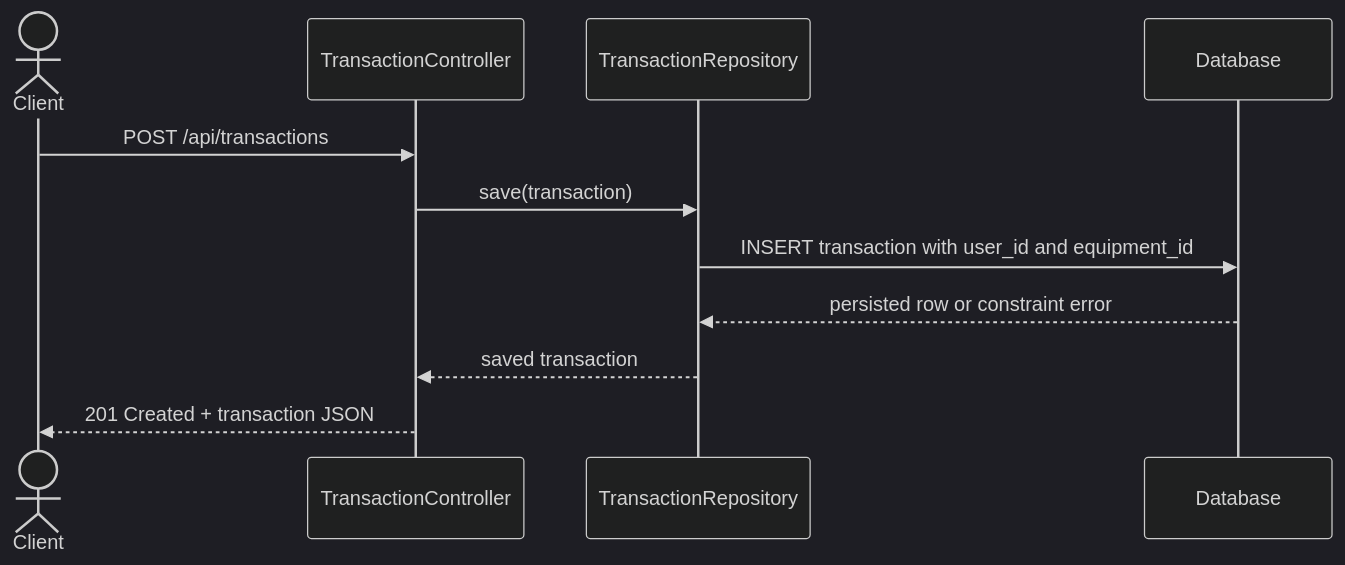
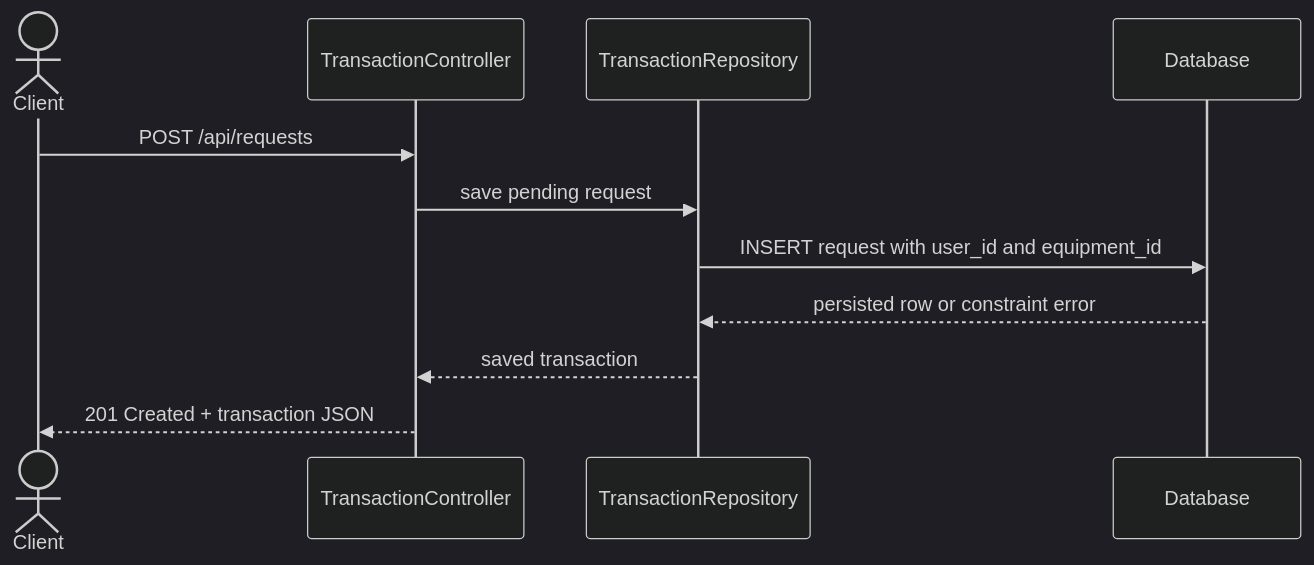
One commit to ShreyashGitHubb/IP_CLMS changed the third of 4 diagrams in README.md. Above: the diagram before and after it, drawn with Mermaid (dark theme). The commit also changed other lines of this file and 22 other files, not shown here.

````diff
--- a/README.md
+++ b/README.md
@@ -245,13 +249,13 @@
 ```mermaid
 sequenceDiagram
     actor Client
     participant Controller as TransactionController
     participant Repository as TransactionRepository
     participant Database
-    Client->>Controller: POST /api/transactions
-    Controller->>Repository: save(transaction)
-    Repository->>Database: INSERT transaction with user_id and equipment_id
+    Client->>Controller: POST /api/requests
+    Controller->>Repository: save pending request
+    Repository->>Database: INSERT request with user_id and equipment_id
     Database-->>Repository: persisted row or constraint error
     Repository-->>Controller: saved transaction
     Controller-->>Client: 201 Created + transaction JSON
 ```
````
